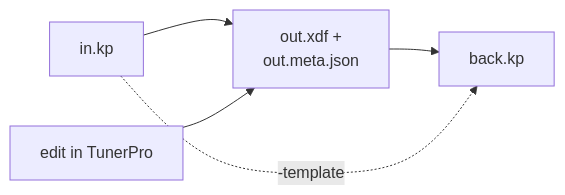
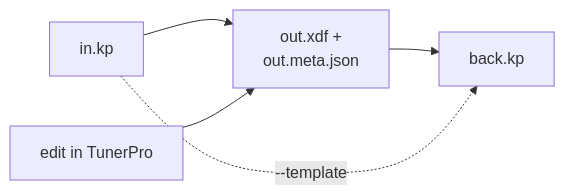
Before and after one commit to nyetlabs/xdfkit: the first of 2 diagrams in README.md, drawn with Mermaid. The commit also changed other lines of this file and 11 other files, not shown here.

````diff
--- a/README.md
+++ b/README.md
@@ -59,7 +59,7 @@
 ```mermaid
 flowchart LR
   kp["in.kp"] --> xdf["out.xdf +<br/>out.meta.json"]
   tp["edit in TunerPro"] --> xdf
   xdf --> kp2["back.kp"]
-  kp -. "-template" .-> kp2
+  kp -. "--template" .-> kp2
 ```
````
